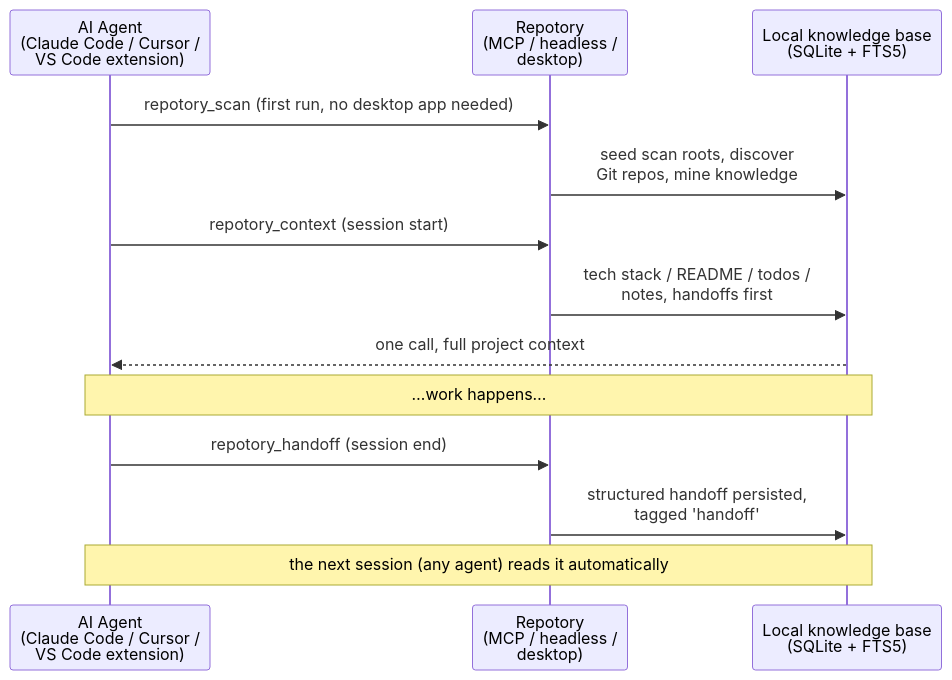
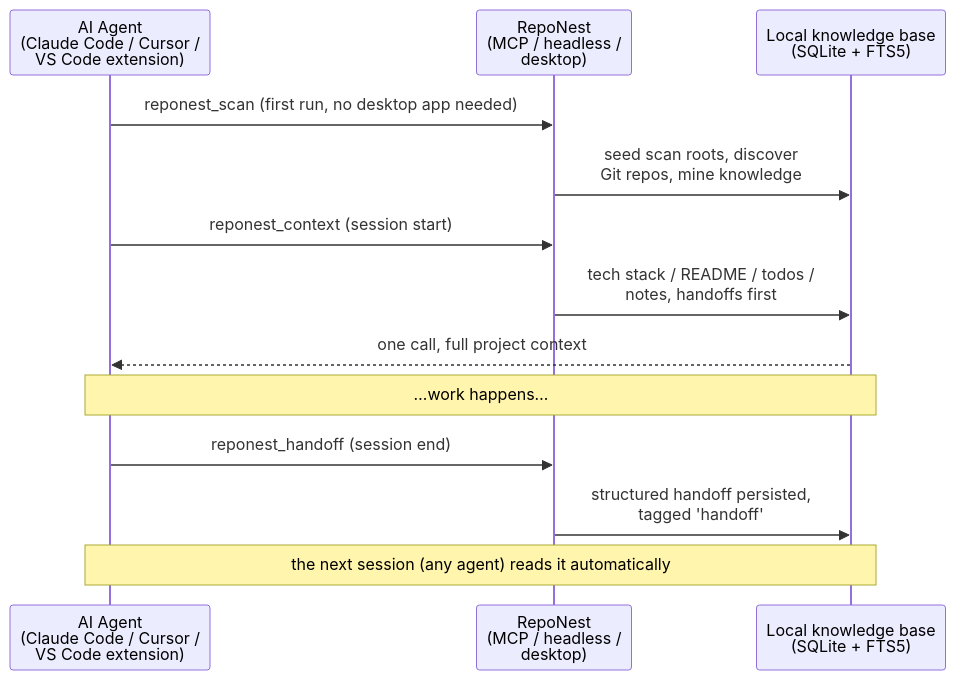
One commit to sky-jiangcheng/repo-nest changed the second of 3 diagrams in docs/en/index.md. Above: the diagram before and after it, drawn with Mermaid. The commit also changed other lines of this file and 11 other files, not shown here.

````diff
--- a/docs/en/index.md
+++ b/docs/en/index.md
@@ -38,15 +38,15 @@
 ```mermaid
 sequenceDiagram
     participant Agent as AI Agent<br/>(Claude Code / Cursor /<br/>VS Code extension)
-    participant RN as Repotory<br/>(MCP / headless /<br/>desktop)
+    participant RN as RepoNest<br/>(MCP / headless /<br/>desktop)
     participant KB as Local knowledge base<br/>(SQLite + FTS5)
-    Agent->>RN: repotory_scan (first run, no desktop app needed)
+    Agent->>RN: reponest_scan (first run, no desktop app needed)
     RN->>KB: seed scan roots, discover<br/>Git repos, mine knowledge
-    Agent->>RN: repotory_context (session start)
+    Agent->>RN: reponest_context (session start)
     RN->>KB: tech stack / README / todos /<br/>notes, handoffs first
     KB-->>Agent: one call, full project context
     Note over Agent,KB: …work happens…
-    Agent->>RN: repotory_handoff (session end)
+    Agent->>RN: reponest_handoff (session end)
     RN->>KB: structured handoff persisted,<br/>tagged 'handoff'
     Note over KB,Agent: the next session (any agent) reads it automatically
 ```
````
